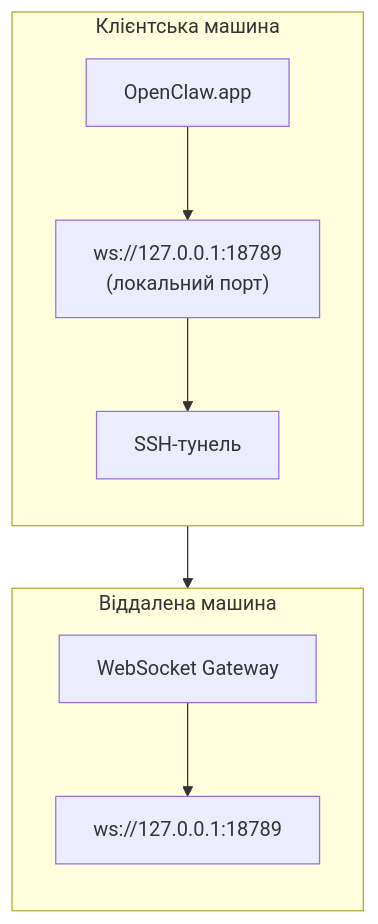
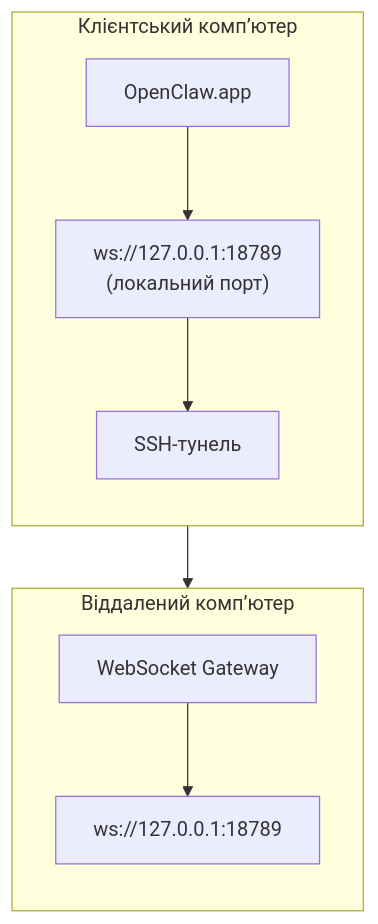
One commit to openclaw/docs changed the diagram in docs/uk/gateway/remote-gateway-readme.md. Above: the diagram before and after it, drawn with Mermaid. The commit also changed other lines of this file and 11240 other files, not shown here.

````diff
--- a/docs/uk/gateway/remote-gateway-readme.md
+++ b/docs/uk/gateway/remote-gateway-readme.md
@@ -23,20 +23,20 @@
 ```mermaid
 flowchart TB
-    subgraph Client["Клієнтська машина"]
+    subgraph Client["Клієнтський комп’ютер"]
         direction TB
         A["OpenClaw.app"]
         B["ws://127.0.0.1:18789\n(локальний порт)"]
         T["SSH-тунель"]
 
         A --> B
         B --> T
     end
-    subgraph Remote["Віддалена машина"]
+    subgraph Remote["Віддалений комп’ютер"]
         direction TB
         C["WebSocket Gateway"]
         D["ws://127.0.0.1:18789"]
 
         C --> D
     end
     T --> C
 ```
````
